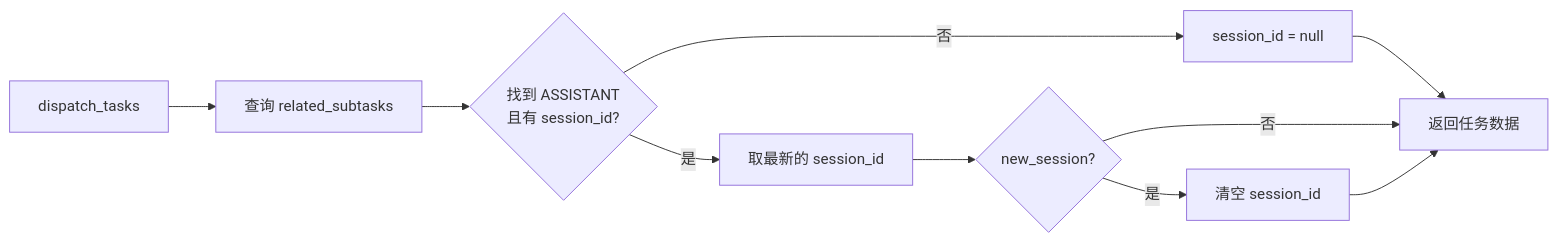
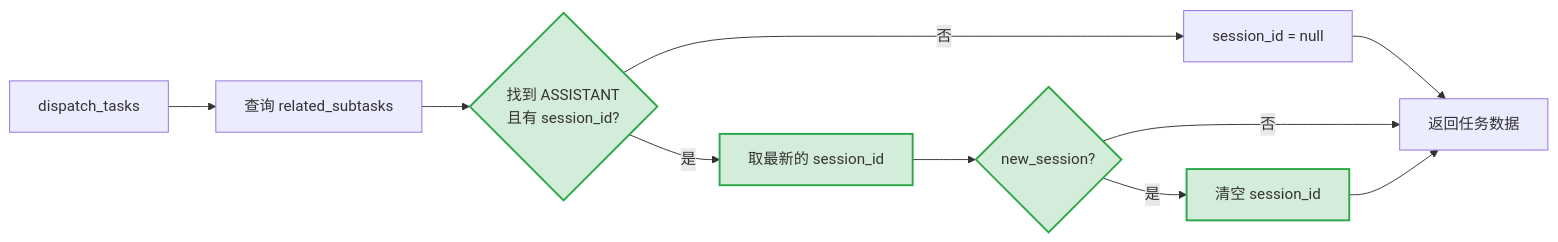
The fifth of 8 diagrams in docs/zh/features/task-restore.md (sunnights/Wegent), drawn with Mermaid before and after one commit. The commit also changed other lines of this file and 1 other file, not shown here.

First line of the commit message:
docs: highlight new features in Mermaid diagrams with green styling

````diff
--- a/docs/zh/features/task-restore.md
+++ b/docs/zh/features/task-restore.md
@@ -136,12 +152,14 @@
 ```mermaid
 flowchart LR
     A[dispatch_tasks] --> B[查询 related_subtasks]
-    B --> C{找到 ASSISTANT<br/>且有 session_id?}
-    C -->|是| D[取最新的 session_id]
+    B --> C{找到 ASSISTANT<br/>且有 session_id?}:::new
+    C -->|是| D[取最新的 session_id]:::new
     C -->|否| E[session_id = null]
-    D --> F{new_session?}
+    D --> F{new_session?}:::new
     E --> G[返回任务数据]
-    F -->|是| H[清空 session_id]
+    F -->|是| H[清空 session_id]:::new
     F -->|否| G
     H --> G
+
+    classDef new fill:#d4edda,stroke:#28a745,stroke-width:2px
 ```
````
